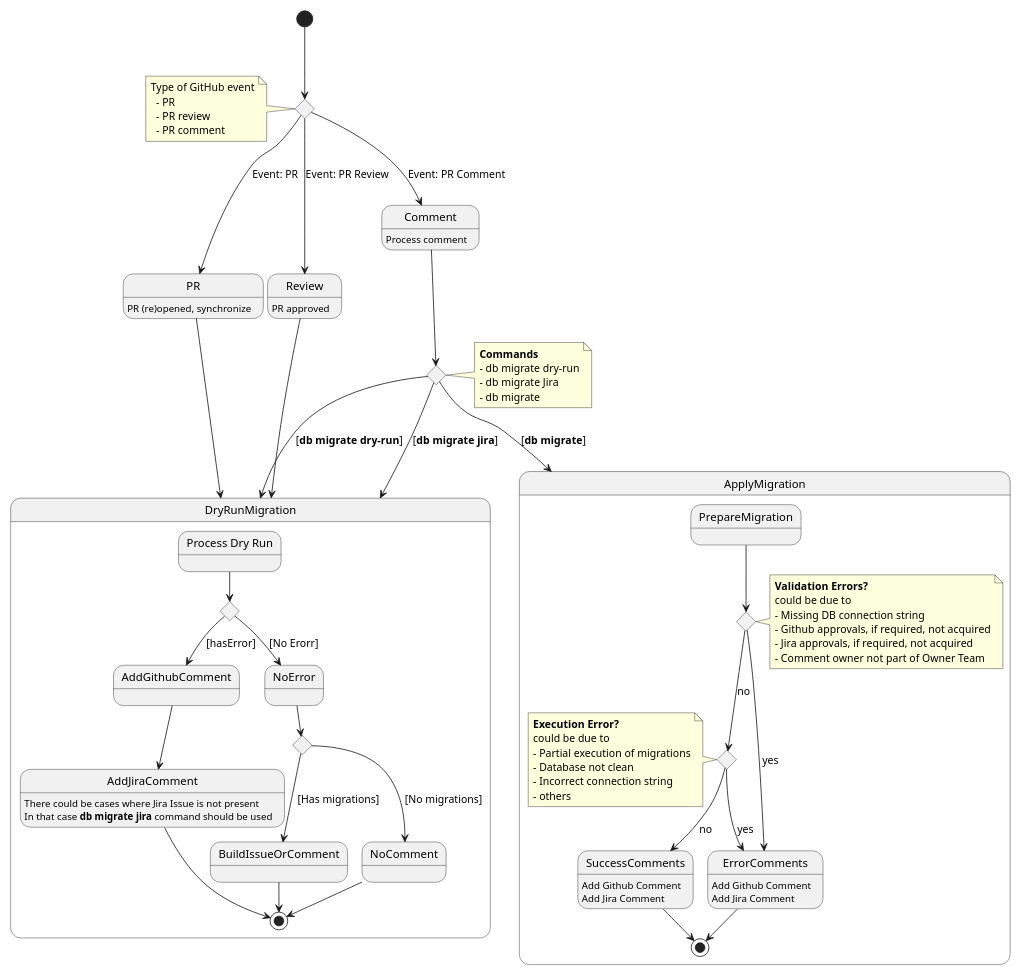
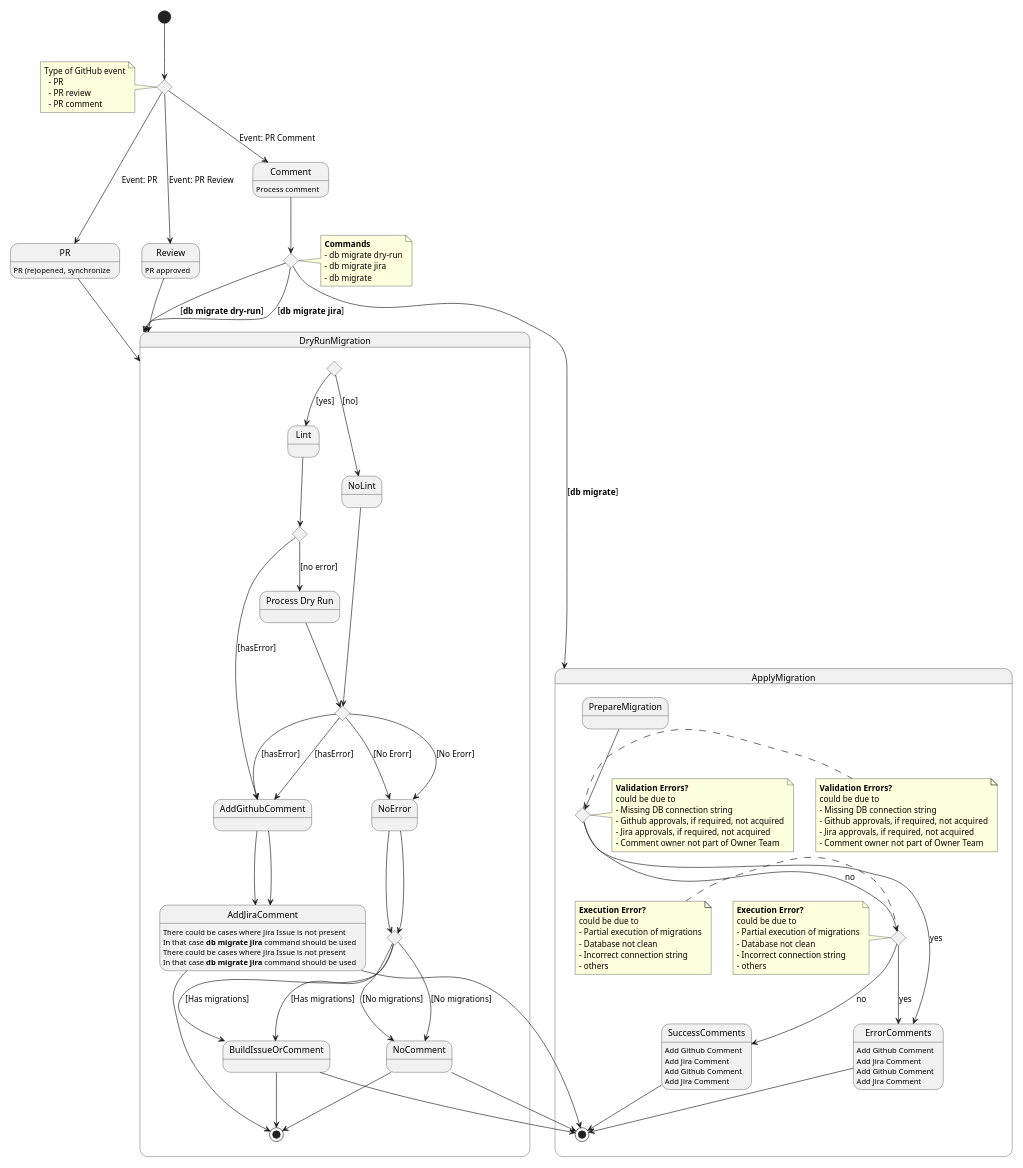
One commit to varunnayal-org/database-migration-action changed the diagram in docs/diagrams/flow.puml. Above: the diagram before and after it, drawn with PlantUML. The commit also changed 3 other files, not shown here.

```diff
--- a/docs/diagrams/flow.puml
+++ b/docs/diagrams/flow.puml
@@ -1,110 +1,169 @@
 @startuml
-
 scale 1000 width
 
 state event_received <<choice>>
 note left of event_received
 Type of GitHub event
   - PR
   - PR review
   - PR comment
 end note
 
 state command_choice <<choice>>
 note right of command_choice
   **Commands**
   - db migrate dry-run
-  - db migrate Jira
+  - db migrate jira
   - db migrate
 end note
 
 state PR
 PR: PR (re)opened, synchronize
 state Review
 Review: PR approved
 state Comment
 Comment: Process comment
 
 [*] --> event_received
 event_received --> PR: Event: PR
 event_received --> Review: Event: PR Review
 event_received --> Comment: Event: PR Comment
 
 PR --> DryRunMigration
 Review --> DryRunMigration
 
 
 Comment --> command_choice
 
 command_choice --> DryRunMigration : [**db migrate dry-run**]
 command_choice --> DryRunMigration : [**db migrate jira**]
 command_choice --> ApplyMigration : [**db migrate**]
 
 state DryRunMigration {
   state "Process Dry Run" as dry_run
+  state can_run_lint <<choice>>
+  state error_lint <<choice>>
   state error_choice <<choice>>
   state comment_choice <<choice>>
+
+
+  can_run_lint --> Lint : [yes]
+  can_run_lint --> NoLint : [no]
+
+  Lint --> error_lint
+  error_lint --> dry_run : [no error]
+  error_lint --> AddGithubComment : [hasError]
+
+  NoLint --> error_choice
+
+  error_choice --> AddGithubComment : [hasError]
+  error_choice --> NoError: [No Erorr]
+  NoError --> comment_choice
+
+  AddGithubComment --> AddJiraComment
+
+  AddJiraComment --> [*]
+
+  AddJiraComment: There could be cases where Jira Issue is not present
+  AddJiraComment: In that case **db migrate jira** command should be used
+
+  comment_choice --> BuildIssueOrComment : [Has migrations]
+  comment_choice --> NoComment : [No migrations]
+
+  BuildIssueOrComment --> [*]
+  NoComment --> [*]
+}
+
+state ApplyMigration {
+  state PrepareMigration
+
+  state has_validation_errors <<choice>>
+  note right of has_validation_errors
+  **Validation Errors?**
+  could be due to
+  - Missing DB connection string
+  - Github approvals, if required, not acquired
+  - Jira approvals, if required, not acquired
+  - Comment owner not part of Owner Team
+  end note
+
+  state has_execution_error <<choice>>
+  note left of has_execution_error
+  **Execution Error?**
+  could be due to
+  - Partial execution of migrations
+  - Database not clean
+  - Incorrect connection string
+  - others
+  end note
+
+  state ErrorComments
+  ErrorComments: Add Github Comment
+  ErrorComments: Add Jira Comment
+  state SuccessComments
+  SuccessComments: Add Github Comment
+  SuccessComments: Add Jira Comment
+
 
   dry_run --> error_choice
 
   error_choice --> AddGithubComment : [hasError]
   error_choice --> NoError: [No Erorr]
   NoError --> comment_choice
 
   AddGithubComment --> AddJiraComment
 
   AddJiraComment --> [*]
 
   AddJiraComment: There could be cases where Jira Issue is not present
   AddJiraComment: In that case **db migrate jira** command should be used
 
   comment_choice --> BuildIssueOrComment : [Has migrations]
   comment_choice --> NoComment : [No migrations]
 
   BuildIssueOrComment --> [*]
   NoComment --> [*]
 }
 
 state ApplyMigration {
   state PrepareMigration
 
   state has_validation_errors <<choice>>
   note right of has_validation_errors
   **Validation Errors?**
   could be due to
   - Missing DB connection string
   - Github approvals, if required, not acquired
   - Jira approvals, if required, not acquired
   - Comment owner not part of Owner Team
   end note
 
   state has_execution_error <<choice>>
   note left of has_execution_error
   **Execution Error?**
   could be due to
   - Partial execution of migrations
   - Database not clean
   - Incorrect connection string
   - others
   end note
 
   state ErrorComments
   ErrorComments: Add Github Comment
   ErrorComments: Add Jira Comment
   state SuccessComments
   SuccessComments: Add Github Comment
   SuccessComments: Add Jira Comment
 
 
   PrepareMigration --> has_validation_errors
   has_validation_errors --> ErrorComments : yes
   has_validation_errors --> has_execution_error : no
   has_execution_error --> SuccessComments : no
   has_execution_error --> ErrorComments : yes
 
   ErrorComments --> [*]
   SuccessComments --> [*]
 
 }
-
 @enduml
```
